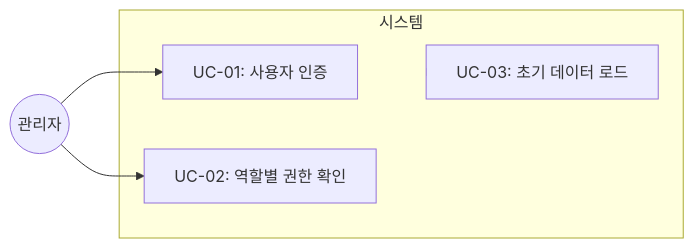
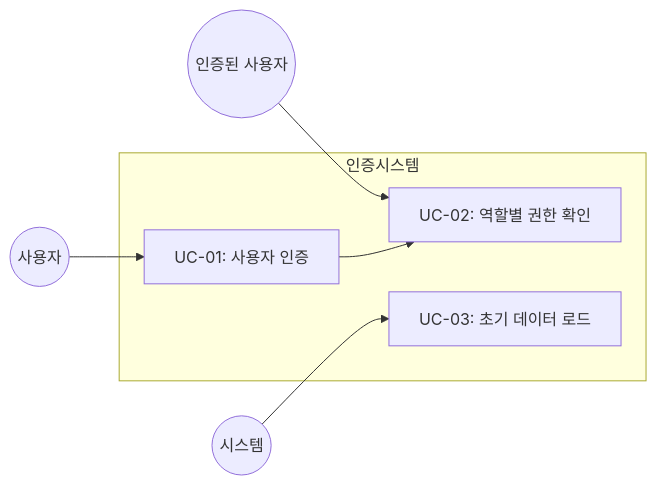
One commit to jongik-sv/mes-poc changed the first of 2 diagrams in .orchay/projects/mes-portal/tasks/TSK-04-02/010-design.md. Above: the diagram before and after it, drawn with Mermaid. The commit also changed other lines of this file and 2 other files, not shown here.

First line of the commit message:
[wf:start] TSK-04-02: 사용자 및 역할 모델 통합설계 완료

````diff
--- a/.orchay/projects/mes-portal/tasks/TSK-04-02/010-design.md
+++ b/.orchay/projects/mes-portal/tasks/TSK-04-02/010-design.md
@@ -95,12 +103,14 @@
 ```mermaid
 flowchart LR
-    subgraph 시스템
+    subgraph 인증시스템
         UC01[UC-01: 사용자 인증]
         UC02[UC-02: 역할별 권한 확인]
         UC03[UC-03: 초기 데이터 로드]
     end
 
-    관리자((관리자)) --> UC01
-    관리자 --> UC02
+    사용자((사용자)) --> UC01
+    인증된사용자((인증된 사용자)) --> UC02
     시스템((시스템)) --> UC03
+
+    UC01 --> UC02
 ```
````
